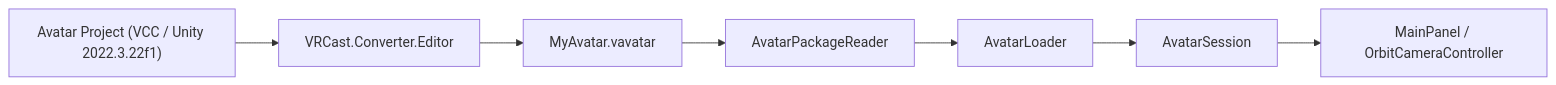
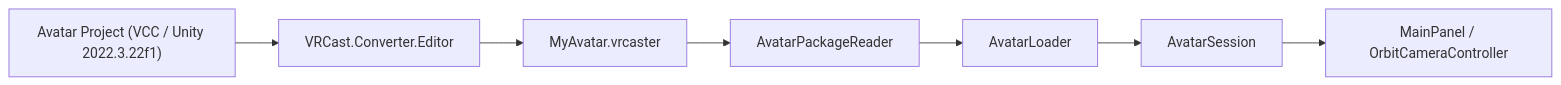
The first of 2 diagrams in docs/architecture.md (coffin299/VRCast), drawn with Mermaid before and after one commit. The commit also changed other lines of this file and 13 other files, not shown here.

Commit message:
refactor: rename avatar package extension to .vrcaster

````diff
--- a/docs/architecture.md
+++ b/docs/architecture.md
@@ -24,9 +24,9 @@
 ```mermaid
 flowchart LR
   avatarProject["Avatar Project (VCC / Unity 2022.3.22f1)"] --> exporter["VRCast.Converter.Editor"]
-  exporter --> pkg["MyAvatar.vavatar"]
+  exporter --> pkg["MyAvatar.vrcaster"]
   pkg --> reader["AvatarPackageReader"]
   reader --> loader["AvatarLoader"]
   loader --> session["AvatarSession"]
   session --> ui["MainPanel / OrbitCameraController"]
 ```
````
